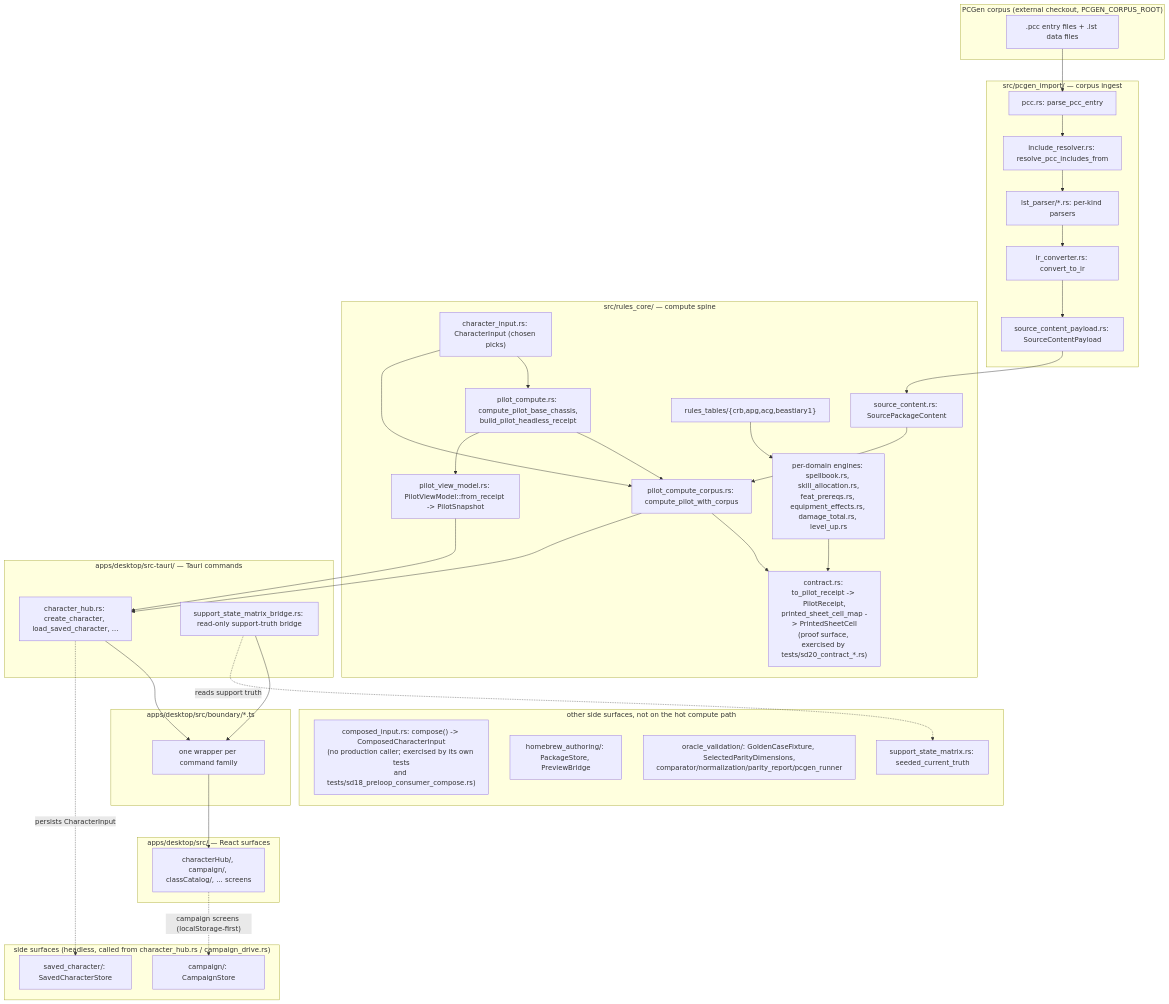
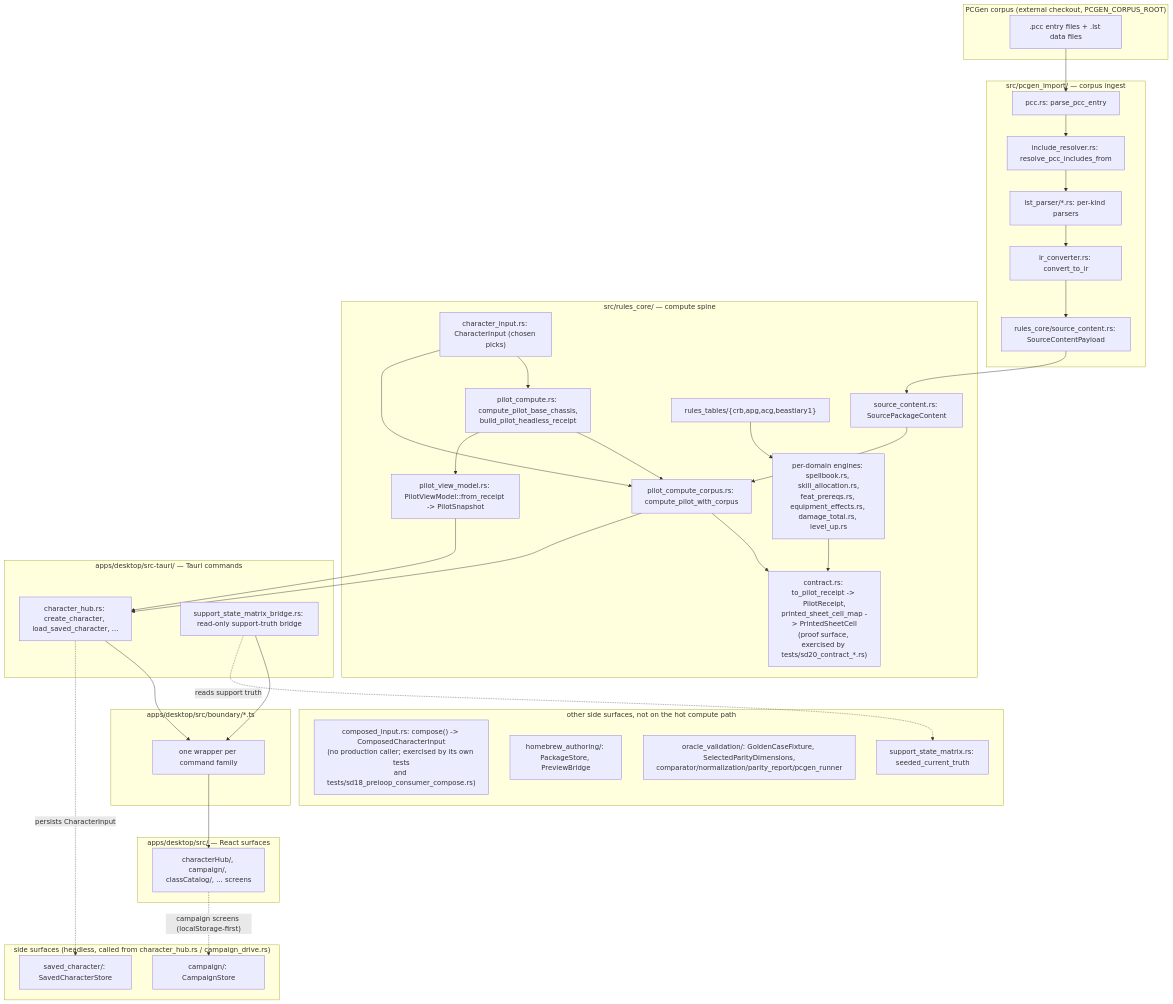
Before and after one commit to electricm0nk/codex: the diagram in docs/architecture/overview.md, drawn with Mermaid. The commit also changed 7 other files, not shown here.

````diff
--- a/docs/architecture/overview.md
+++ b/docs/architecture/overview.md
@@ -102,67 +102,67 @@
 ```mermaid
 flowchart TD
     subgraph corpus["PCGen corpus (external checkout, PCGEN_CORPUS_ROOT)"]
         PCC[".pcc entry files + .lst data files"]
     end
 
     subgraph ingest["src/pcgen_import/ — corpus ingest"]
         PCCRS["pcc.rs: parse_pcc_entry"]
         INC["include_resolver.rs: resolve_pcc_includes_from"]
         LST["lst_parser/*.rs: per-kind parsers"]
         IRC["ir_converter.rs: convert_to_ir"]
-        SCP["source_content_payload.rs: SourceContentPayload"]
+        SCP["rules_core/source_content.rs: SourceContentPayload"]
     end
 
     subgraph rulescore["src/rules_core/ — compute spine"]
         SC["source_content.rs: SourcePackageContent"]
         CI["character_input.rs: CharacterInput (chosen picks)"]
         PC["pilot_compute.rs: compute_pilot_base_chassis,\nbuild_pilot_headless_receipt"]
         PCC2["pilot_compute_corpus.rs: compute_pilot_with_corpus"]
         VM["pilot_view_model.rs: PilotViewModel::from_receipt -> PilotSnapshot"]
         DOMAIN["per-domain engines: spellbook.rs, skill_allocation.rs,\nfeat_prereqs.rs, equipment_effects.rs, damage_total.rs, level_up.rs"]
         TABLES["rules_tables/{crb,apg,acg,beastiary1}"]
         CONTRACT["contract.rs: to_pilot_receipt -> PilotReceipt,\nprinted_sheet_cell_map -> PrintedSheetCell\n(proof surface, exercised by tests/sd20_contract_*.rs)"]
     end
 
     subgraph tauri["apps/desktop/src-tauri/ — Tauri commands"]
         CH["character_hub.rs: create_character, load_saved_character, ..."]
         SD13B["support_state_matrix_bridge.rs: read-only support-truth bridge"]
     end
 
     subgraph boundary["apps/desktop/src/boundary/*.ts"]
         BND["one wrapper per command family"]
     end
 
     subgraph react["apps/desktop/src/ — React surfaces"]
         UI["characterHub/, campaign/, classCatalog/, ... screens"]
     end
 
     PCC --> PCCRS --> INC --> LST --> IRC --> SCP --> SC
     CI --> PC
     CI --> PCC2
     SC --> PCC2
     PC --> PCC2
     TABLES --> DOMAIN
     PCC2 --> CONTRACT
     DOMAIN --> CONTRACT
     PC --> VM
     VM --> CH
     PCC2 --> CH
     CH --> BND --> UI
     SD13B --> BND
 
     subgraph persist["side surfaces (headless, called from character_hub.rs / campaign_drive.rs)"]
         SAVED["saved_character/: SavedCharacterStore"]
         CAMP["campaign/: CampaignStore"]
     end
     CH -.persists CharacterInput.-> SAVED
     UI -.campaign screens (localStorage-first).-> CAMP
 
     subgraph side["other side surfaces, not on the hot compute path"]
         COMP["composed_input.rs: compose() -> ComposedCharacterInput\n(no production caller; exercised by its own tests\nand tests/sd18_preloop_consumer_compose.rs)"]
         HB["homebrew_authoring/: PackageStore, PreviewBridge"]
         OV["oracle_validation/: GoldenCaseFixture, SelectedParityDimensions,\ncomparator/normalization/parity_report/pcgen_runner"]
         SSM["support_state_matrix.rs: seeded_current_truth"]
     end
     SD13B -.reads support truth.-> SSM
 ```
````
